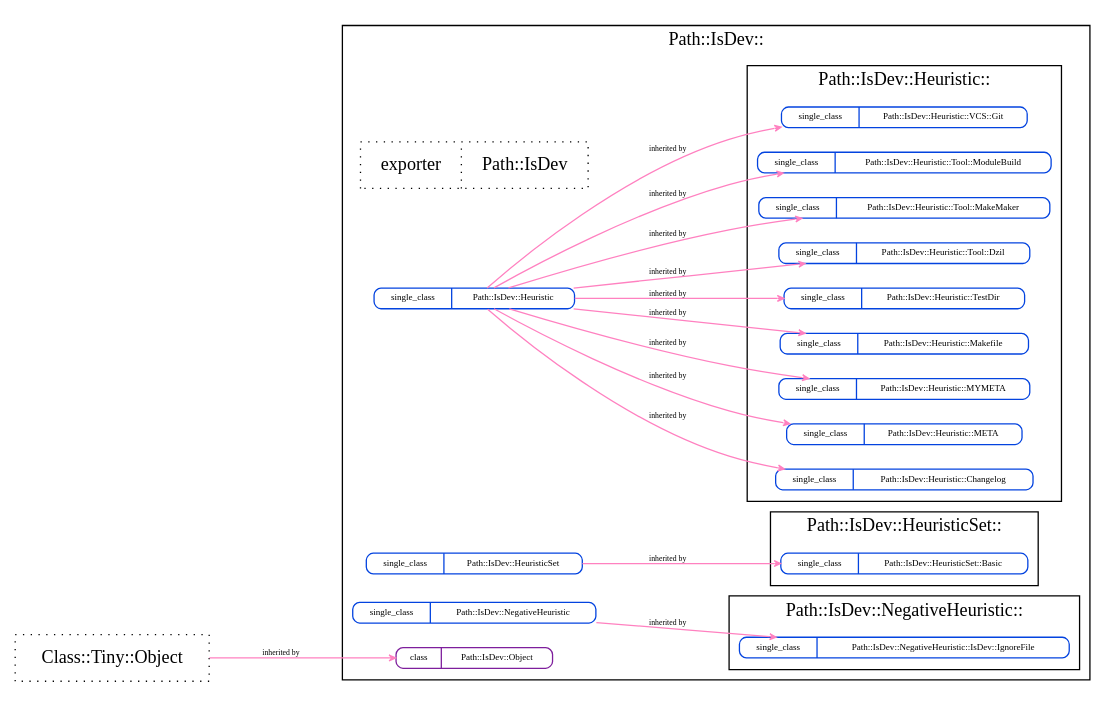
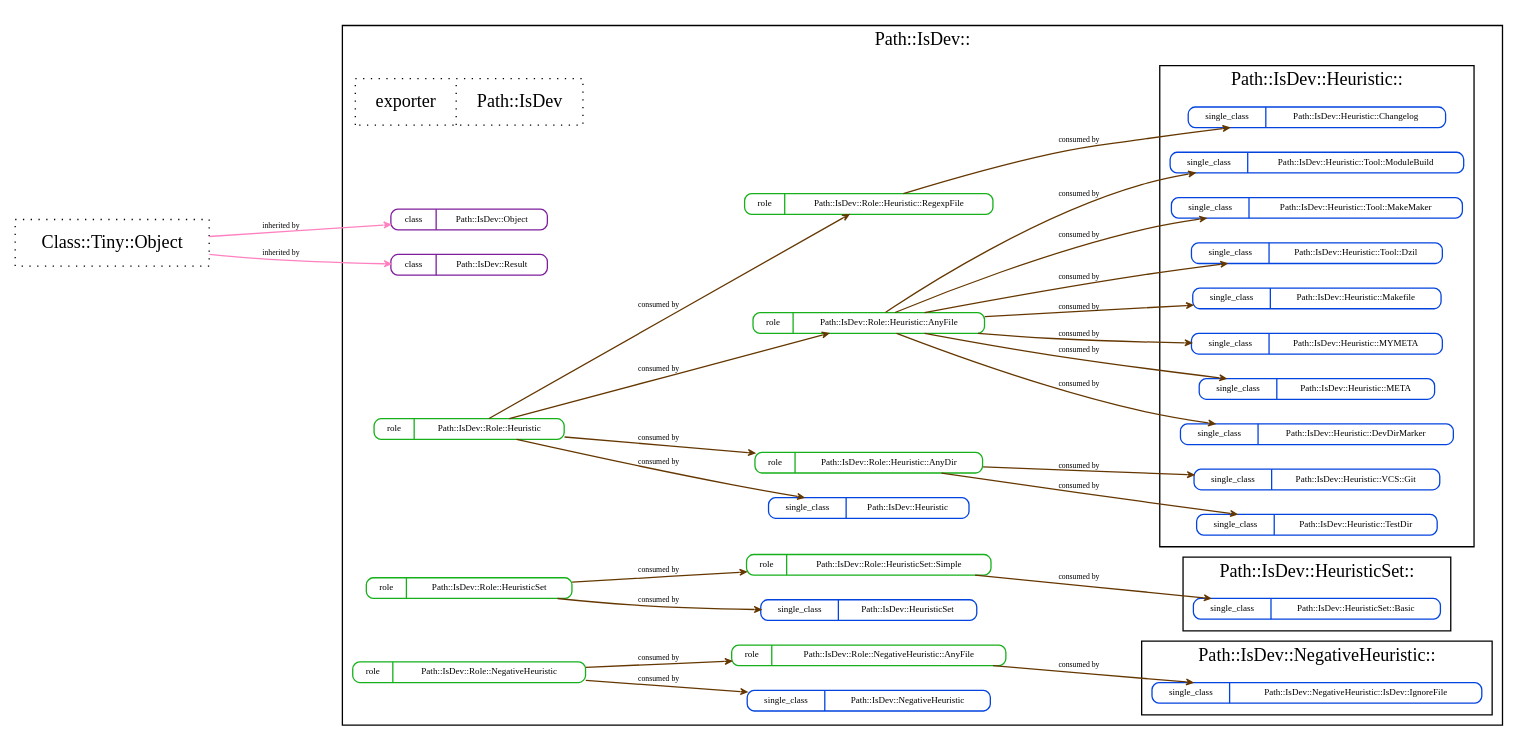
One commit to gitpan/Path-IsDev changed the diagram in layout/self_structure.dot. Above: the diagram before and after it, drawn with Graphviz. The commit also changed 36 other files, not shown here.

First line of the commit message:
Import of KENTNL/Path-IsDev-0.6.0 from CPAN.

```diff
--- a/layout/self_structure.dot
+++ b/layout/self_structure.dot
@@ -1,47 +1,67 @@
 strict digraph Perl {
 	graph [compound=1, concentrate=1, overlap=false, rankdir=LR, ranksep=1, smoothing=triangle, splines=spline];
 	node [label="\N", shape=record, style=dotted];
 	edge [minlen=1];
 	subgraph cluster_1 {
 		graph [label="Path::IsDev::",
 			rank=max];
 		subgraph cluster_2 {
 			graph [label="Path::IsDev::Heuristic::"];
 			"Path::IsDev::Heuristic::Changelog" [label="{{<port1> single_class}|<port2> Path::IsDev::Heuristic::Changelog}", shape=Mrecord, style=solid, color="#0343df", fontsize=7, height="0.1"];
+			"Path::IsDev::Heuristic::DevDirMarker" [label="{{<port1> single_class}|<port2> Path::IsDev::Heuristic::DevDirMarker}", shape=Mrecord, style=solid, color="#0343df", fontsize=7, height="0.1"];
 			"Path::IsDev::Heuristic::META" [label="{{<port1> single_class}|<port2> Path::IsDev::Heuristic::META}", shape=Mrecord, style=solid, color="#0343df", fontsize=7, height="0.1"];
 			"Path::IsDev::Heuristic::MYMETA" [label="{{<port1> single_class}|<port2> Path::IsDev::Heuristic::MYMETA}", shape=Mrecord, style=solid, color="#0343df", fontsize=7, height="0.1"];
 			"Path::IsDev::Heuristic::Makefile" [label="{{<port1> single_class}|<port2> Path::IsDev::Heuristic::Makefile}", shape=Mrecord, style=solid, color="#0343df", fontsize=7, height="0.1"];
 			"Path::IsDev::Heuristic::TestDir" [label="{{<port1> single_class}|<port2> Path::IsDev::Heuristic::TestDir}", shape=Mrecord, style=solid, color="#0343df", fontsize=7, height="0.1"];
 			"Path::IsDev::Heuristic::Tool::Dzil" [label="{{<port1> single_class}|<port2> Path::IsDev::Heuristic::Tool::Dzil}", shape=Mrecord, style=solid, color="#0343df", fontsize=7, height="0.1"];
 			"Path::IsDev::Heuristic::Tool::MakeMaker" [label="{{<port1> single_class}|<port2> Path::IsDev::Heuristic::Tool::MakeMaker}", shape=Mrecord, style=solid, color="#0343df", fontsize=7, height="0.1"];
 			"Path::IsDev::Heuristic::Tool::ModuleBuild" [label="{{<port1> single_class}|<port2> Path::IsDev::Heuristic::Tool::ModuleBuild}", shape=Mrecord, style=solid, color="#0343df", fontsize=7, height="0.1"];
 			"Path::IsDev::Heuristic::VCS::Git" [label="{{<port1> single_class}|<port2> Path::IsDev::Heuristic::VCS::Git}", shape=Mrecord, style=solid, color="#0343df", fontsize=7, height="0.1"];
 		}
 		subgraph cluster_3 {
 			graph [label="Path::IsDev::HeuristicSet::"];
 			"Path::IsDev::HeuristicSet::Basic" [label="{{<port1> single_class}|<port2> Path::IsDev::HeuristicSet::Basic}", shape=Mrecord, style=solid, color="#0343df", fontsize=7, height="0.1"];
 		}
 		subgraph cluster_4 {
 			graph [label="Path::IsDev::NegativeHeuristic::"];
 			"Path::IsDev::NegativeHeuristic::IsDev::IgnoreFile" [label="{{<port1> single_class}|<port2> Path::IsDev::NegativeHeuristic::IsDev::IgnoreFile}", shape=Mrecord, style=solid, color="#0343df", fontsize=7, height="0.1"];
 		}
 		"Path::IsDev" [label="{{<port1> exporter}|<port2> Path::IsDev}"];
 		"Path::IsDev::Heuristic" [label="{{<port1> single_class}|<port2> Path::IsDev::Heuristic}", shape=Mrecord, style=solid, color="#0343df", fontsize=7, height="0.1"];
 		"Path::IsDev::HeuristicSet" [label="{{<port1> single_class}|<port2> Path::IsDev::HeuristicSet}", shape=Mrecord, style=solid, color="#0343df", fontsize=7, height="0.1"];
 		"Path::IsDev::NegativeHeuristic" [label="{{<port1> single_class}|<port2> Path::IsDev::NegativeHeuristic}", shape=Mrecord, style=solid, color="#0343df", fontsize=7, height="0.1"];
 		"Path::IsDev::Object" [label="{{<port1> class}|<port2> Path::IsDev::Object}", shape=Mrecord, style=solid, color="#7e1e9c", fontsize=7, height="0.1"];
-		"Path::IsDev::Heuristic" -> "Path::IsDev::Heuristic::Changelog" [arrowhead=open, arrowsize="0.5", color="#ff81c0", dir=forward, fontsize=6, headclip=1, label="inherited by", samehead=head, tailclip=1, weight=10];
-		"Path::IsDev::Heuristic" -> "Path::IsDev::Heuristic::TestDir" [arrowhead=open, arrowsize="0.5", color="#ff81c0", dir=forward, fontsize=6, headclip=1, label="inherited by", samehead=head, tailclip=1, weight=10];
-		"Path::IsDev::Heuristic" -> "Path::IsDev::Heuristic::META" [arrowhead=open, arrowsize="0.5", color="#ff81c0", dir=forward, fontsize=6, headclip=1, label="inherited by", samehead=head, tailclip=1, weight=10];
-		"Path::IsDev::Heuristic" -> "Path::IsDev::Heuristic::MYMETA" [arrowhead=open, arrowsize="0.5", color="#ff81c0", dir=forward, fontsize=6, headclip=1, label="inherited by", samehead=head, tailclip=1, weight=10];
-		"Path::IsDev::Heuristic" -> "Path::IsDev::Heuristic::Makefile" [arrowhead=open, arrowsize="0.5", color="#ff81c0", dir=forward, fontsize=6, headclip=1, label="inherited by", samehead=head, tailclip=1, weight=10];
-		"Path::IsDev::HeuristicSet" -> "Path::IsDev::HeuristicSet::Basic" [arrowhead=open, arrowsize="0.5", color="#ff81c0", dir=forward, fontsize=6, headclip=1, label="inherited by", samehead=head, tailclip=1, weight=10];
-		"Path::IsDev::Heuristic" -> "Path::IsDev::Heuristic::Tool::Dzil" [arrowhead=open, arrowsize="0.5", color="#ff81c0", dir=forward, fontsize=6, headclip=1, label="inherited by", samehead=head, tailclip=1, weight=10];
-		"Path::IsDev::Heuristic" -> "Path::IsDev::Heuristic::Tool::MakeMaker" [arrowhead=open, arrowsize="0.5", color="#ff81c0", dir=forward, fontsize=6, headclip=1, label="inherited by", samehead=head, tailclip=1, weight=10];
-		"Path::IsDev::Heuristic" -> "Path::IsDev::Heuristic::Tool::ModuleBuild" [arrowhead=open, arrowsize="0.5", color="#ff81c0", dir=forward, fontsize=6, headclip=1, label="inherited by", samehead=head, tailclip=1, weight=10];
-		"Path::IsDev::Heuristic" -> "Path::IsDev::Heuristic::VCS::Git" [arrowhead=open, arrowsize="0.5", color="#ff81c0", dir=forward, fontsize=6, headclip=1, label="inherited by", samehead=head, tailclip=1, weight=10];
-		"Path::IsDev::NegativeHeuristic" -> "Path::IsDev::NegativeHeuristic::IsDev::IgnoreFile" [arrowhead=open, arrowsize="0.5", color="#ff81c0", dir=forward, fontsize=6, headclip=1, label="inherited by", samehead=head, tailclip=1, weight=10];
+		"Path::IsDev::Result" [label="{{<port1> class}|<port2> Path::IsDev::Result}", shape=Mrecord, style=solid, color="#7e1e9c", fontsize=7, height="0.1"];
+		"Path::IsDev::Role::Heuristic" [label="{{<port1> role}|<port2> Path::IsDev::Role::Heuristic}", shape=Mrecord, style=solid, color="#15b01a", fontsize=7, height="0.1"];
+		"Path::IsDev::Role::Heuristic::AnyDir" [label="{{<port1> role}|<port2> Path::IsDev::Role::Heuristic::AnyDir}", shape=Mrecord, style=solid, color="#15b01a", fontsize=7, height="0.1"];
+		"Path::IsDev::Role::Heuristic::AnyFile" [label="{{<port1> role}|<port2> Path::IsDev::Role::Heuristic::AnyFile}", shape=Mrecord, style=solid, color="#15b01a", fontsize=7, height="0.1"];
+		"Path::IsDev::Role::Heuristic::RegexpFile" [label="{{<port1> role}|<port2> Path::IsDev::Role::Heuristic::RegexpFile}", shape=Mrecord, style=solid, color="#15b01a", fontsize=7, height="0.1"];
+		"Path::IsDev::Role::HeuristicSet" [label="{{<port1> role}|<port2> Path::IsDev::Role::HeuristicSet}", shape=Mrecord, style=solid, color="#15b01a", fontsize=7, height="0.1"];
+		"Path::IsDev::Role::HeuristicSet::Simple" [label="{{<port1> role}|<port2> Path::IsDev::Role::HeuristicSet::Simple}", shape=Mrecord, style=solid, color="#15b01a", fontsize=7, height="0.1"];
+		"Path::IsDev::Role::NegativeHeuristic" [label="{{<port1> role}|<port2> Path::IsDev::Role::NegativeHeuristic}", shape=Mrecord, style=solid, color="#15b01a", fontsize=7, height="0.1"];
+		"Path::IsDev::Role::NegativeHeuristic::AnyFile" [label="{{<port1> role}|<port2> Path::IsDev::Role::NegativeHeuristic::AnyFile}", shape=Mrecord, style=solid, color="#15b01a", fontsize=7, height="0.1"];
+		"Path::IsDev::Role::Heuristic" -> "Path::IsDev::Heuristic" [arrowhead=open, arrowsize="0.5", color="#653700", dir=forward, fontsize=6, headclip=1, label="consumed by", samehead=head, tailclip=1, weight=5];
+		"Path::IsDev::Role::HeuristicSet" -> "Path::IsDev::HeuristicSet" [arrowhead=open, arrowsize="0.5", color="#653700", dir=forward, fontsize=6, headclip=1, label="consumed by", samehead=head, tailclip=1, weight=5];
+		"Path::IsDev::Role::NegativeHeuristic" -> "Path::IsDev::NegativeHeuristic" [arrowhead=open, arrowsize="0.5", color="#653700", dir=forward, fontsize=6, headclip=1, label="consumed by", samehead=head, tailclip=1, weight=5];
+		"Path::IsDev::Role::Heuristic::RegexpFile" -> "Path::IsDev::Heuristic::Changelog" [arrowhead=open, arrowsize="0.5", color="#653700", dir=forward, fontsize=6, headclip=1, label="consumed by", samehead=head, tailclip=1, weight=5];
+		"Path::IsDev::Role::Heuristic::AnyFile" -> "Path::IsDev::Heuristic::DevDirMarker" [arrowhead=open, arrowsize="0.5", color="#653700", dir=forward, fontsize=6, headclip=1, label="consumed by", samehead=head, tailclip=1, weight=5];
+		"Path::IsDev::Role::Heuristic::AnyFile" -> "Path::IsDev::Heuristic::META" [arrowhead=open, arrowsize="0.5", color="#653700", dir=forward, fontsize=6, headclip=1, label="consumed by", samehead=head, tailclip=1, weight=5];
+		"Path::IsDev::Role::Heuristic::AnyFile" -> "Path::IsDev::Heuristic::MYMETA" [arrowhead=open, arrowsize="0.5", color="#653700", dir=forward, fontsize=6, headclip=1, label="consumed by", samehead=head, tailclip=1, weight=5];
+		"Path::IsDev::Role::Heuristic::AnyFile" -> "Path::IsDev::Heuristic::Makefile" [arrowhead=open, arrowsize="0.5", color="#653700", dir=forward, fontsize=6, headclip=1, label="consumed by", samehead=head, tailclip=1, weight=5];
+		"Path::IsDev::Role::Heuristic::AnyDir" -> "Path::IsDev::Heuristic::TestDir" [arrowhead=open, arrowsize="0.5", color="#653700", dir=forward, fontsize=6, headclip=1, label="consumed by", samehead=head, tailclip=1, weight=5];
+		"Path::IsDev::Role::HeuristicSet::Simple" -> "Path::IsDev::HeuristicSet::Basic" [arrowhead=open, arrowsize="0.5", color="#653700", dir=forward, fontsize=6, headclip=1, label="consumed by", samehead=head, tailclip=1, weight=5];
+		"Path::IsDev::Role::Heuristic::AnyFile" -> "Path::IsDev::Heuristic::Tool::Dzil" [arrowhead=open, arrowsize="0.5", color="#653700", dir=forward, fontsize=6, headclip=1, label="consumed by", samehead=head, tailclip=1, weight=5];
+		"Path::IsDev::Role::Heuristic::AnyFile" -> "Path::IsDev::Heuristic::Tool::MakeMaker" [arrowhead=open, arrowsize="0.5", color="#653700", dir=forward, fontsize=6, headclip=1, label="consumed by", samehead=head, tailclip=1, weight=5];
+		"Path::IsDev::Role::Heuristic::AnyFile" -> "Path::IsDev::Heuristic::Tool::ModuleBuild" [arrowhead=open, arrowsize="0.5", color="#653700", dir=forward, fontsize=6, headclip=1, label="consumed by", samehead=head, tailclip=1, weight=5];
+		"Path::IsDev::Role::Heuristic::AnyDir" -> "Path::IsDev::Heuristic::VCS::Git" [arrowhead=open, arrowsize="0.5", color="#653700", dir=forward, fontsize=6, headclip=1, label="consumed by", samehead=head, tailclip=1, weight=5];
+		"Path::IsDev::Role::NegativeHeuristic::AnyFile" -> "Path::IsDev::NegativeHeuristic::IsDev::IgnoreFile" [arrowhead=open, arrowsize="0.5", color="#653700", dir=forward, fontsize=6, headclip=1, label="consumed by", samehead=head, tailclip=1, weight=5];
+		"Path::IsDev::Role::Heuristic" -> "Path::IsDev::Role::Heuristic::AnyDir" [arrowhead=open, arrowsize="0.5", color="#653700", dir=forward, fontsize=6, headclip=1, label="consumed by", samehead=head, tailclip=1, weight=5];
+		"Path::IsDev::Role::Heuristic" -> "Path::IsDev::Role::Heuristic::AnyFile" [arrowhead=open, arrowsize="0.5", color="#653700", dir=forward, fontsize=6, headclip=1, label="consumed by", samehead=head, tailclip=1, weight=5];
+		"Path::IsDev::Role::Heuristic" -> "Path::IsDev::Role::Heuristic::RegexpFile" [arrowhead=open, arrowsize="0.5", color="#653700", dir=forward, fontsize=6, headclip=1, label="consumed by", samehead=head, tailclip=1, weight=5];
+		"Path::IsDev::Role::HeuristicSet" -> "Path::IsDev::Role::HeuristicSet::Simple" [arrowhead=open, arrowsize="0.5", color="#653700", dir=forward, fontsize=6, headclip=1, label="consumed by", samehead=head, tailclip=1, weight=5];
+		"Path::IsDev::Role::NegativeHeuristic" -> "Path::IsDev::Role::NegativeHeuristic::AnyFile" [arrowhead=open, arrowsize="0.5", color="#653700", dir=forward, fontsize=6, headclip=1, label="consumed by", samehead=head, tailclip=1, weight=5];
 	}
 	"Class::Tiny::Object" [label="<port1> Class::Tiny::Object"];
 	"Class::Tiny::Object" -> "Path::IsDev::Object" [arrowhead=open, arrowsize="0.5", color="#ff81c0", dir=forward, fontsize=6, headclip=1, label="inherited by", samehead=head, tailclip=1, weight=10];
+	"Class::Tiny::Object" -> "Path::IsDev::Result" [arrowhead=open, arrowsize="0.5", color="#ff81c0", dir=forward, fontsize=6, headclip=1, label="inherited by", samehead=head, tailclip=1, weight=10];
 }
```
